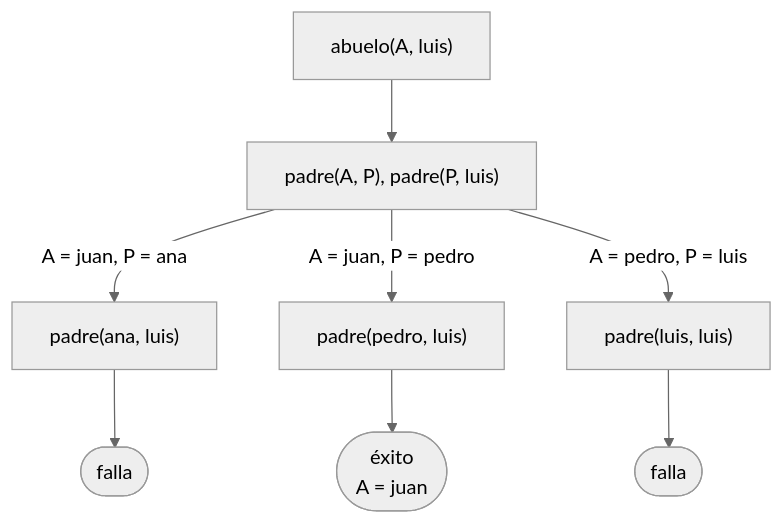
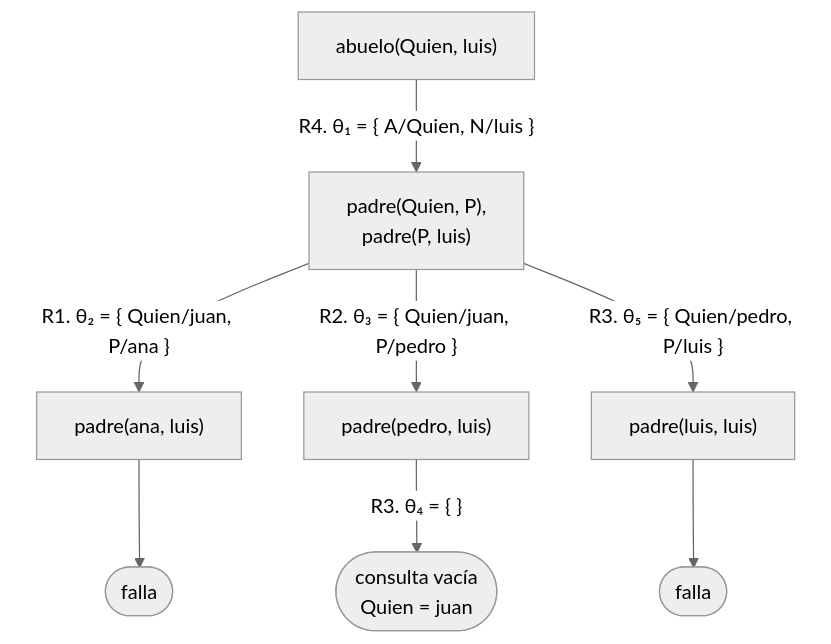
Before and after one commit to CesarBallardini/curso-de-prolog: the first of 9 diagrams in docs/capitulo-05-como-responde-prolog/soluciones.md, drawn with Mermaid (neutral theme). The commit also changed other lines of this file and 214 other files, not shown here.

````diff
--- a/docs/capitulo-05-como-responde-prolog/soluciones.md
+++ b/docs/capitulo-05-como-responde-prolog/soluciones.md
@@ -8,10 +10,10 @@
 ```mermaid
 flowchart TD
-    A["abuelo(A, luis)"] --> B["padre(A, P), padre(P, luis)"]
-    B -- "A = juan, P = ana" --> C["padre(ana, luis)"]
-    B -- "A = juan, P = pedro" --> D["padre(pedro, luis)"]
-    B -- "A = pedro, P = luis" --> E["padre(luis, luis)"]
+    A["abuelo(Quien, luis)"] -- "R4. θ₁ = {&nbsp;A/Quien, N/luis&nbsp;}" --> B["padre(Quien, P),<br/>padre(P, luis)"]
+    B -- "R1. θ₂ = {&nbsp;Quien/juan, P/ana&nbsp;}" --> C["padre(ana, luis)"]
+    B -- "R2. θ₃ = {&nbsp;Quien/juan, P/pedro&nbsp;}" --> D["padre(pedro, luis)"]
+    B -- "R3. θ₅ = {&nbsp;Quien/pedro, P/luis&nbsp;}" --> E["padre(luis, luis)"]
     C --> F(["falla"])
-    D --> G(["éxito<br/>A = juan"])
+    D -- "R3. θ₄ = {&nbsp;}" --> G(["consulta vacía<br/>Quien = juan"])
     E --> H(["falla"])
 ```
````
